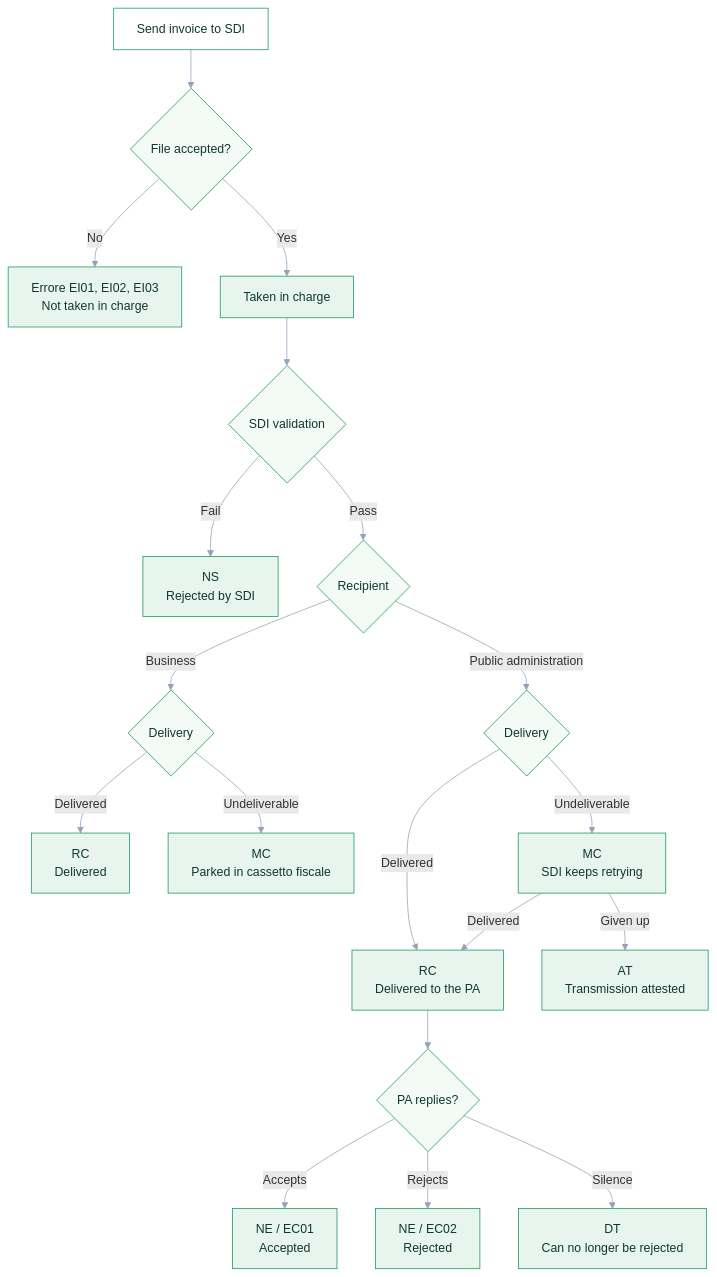
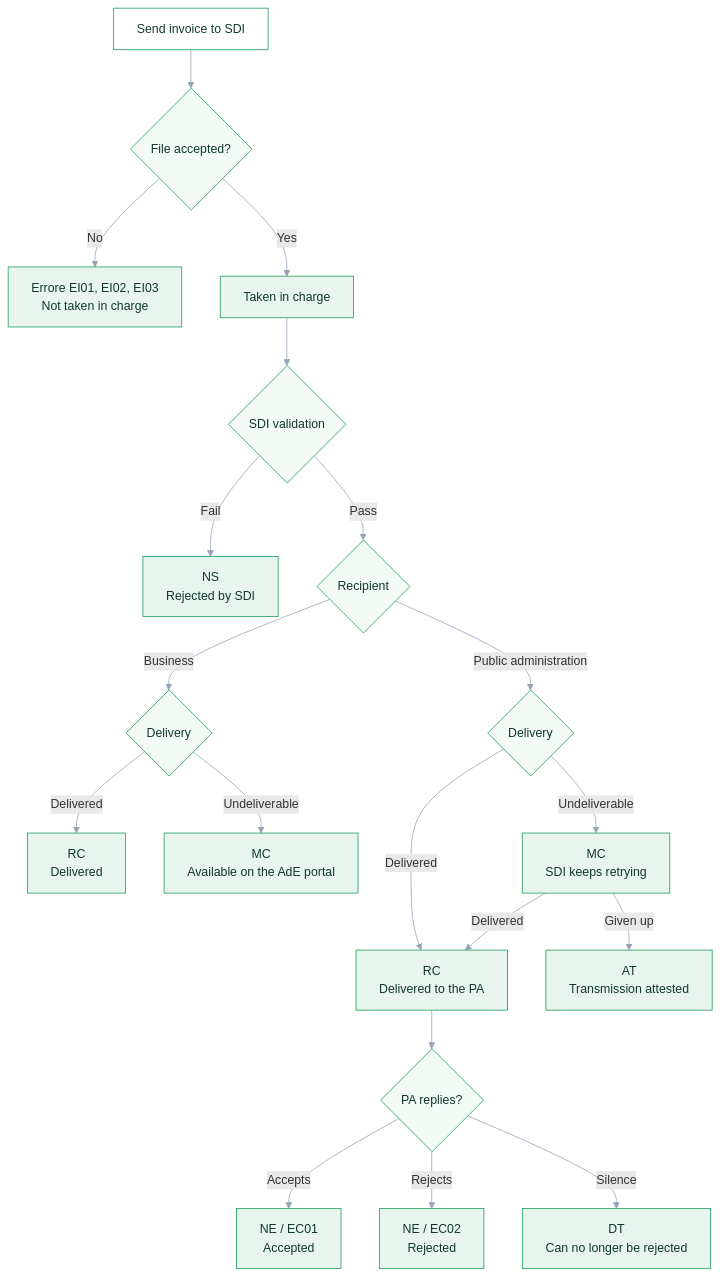
Before and after one commit to invopop/docs.invopop.com: the diagram in guides/it-sdi-status.mdx, drawn with Mermaid. The commit also changed other lines of this file and 1 other file, not shown here.

````diff
--- a/guides/it-sdi-status.mdx
+++ b/guides/it-sdi-status.mdx
@@ -18,38 +18,38 @@
 ```mermaid
 flowchart TD
     A["Send invoice to SDI"] --> B{"File accepted?"}
     B -->|"No"| BF["Errore EI01, EI02, EI03<br/>Not taken in charge"]
     B -->|"Yes"| C["Taken in charge"]
 
     C --> VAL{"SDI validation"}
     VAL -->|"Fail"| SC["NS<br/>Rejected by SDI"]
     VAL -->|"Pass"| RT{"Recipient"}
 
     RT -->|"Business"| BDEL{"Delivery"}
     BDEL -->|"Delivered"| BRC["RC<br/>Delivered"]
-    BDEL -->|"Undeliverable"| BMC["MC<br/>Parked in cassetto fiscale"]
+    BDEL -->|"Undeliverable"| BMC["MC<br/>Available on the AdE portal"]
 
     RT -->|"Public administration"| GDEL{"Delivery"}
     GDEL -->|"Delivered"| GRC["RC<br/>Delivered to the PA"]
     GDEL -->|"Undeliverable"| GMC["MC<br/>SDI keeps retrying"]
 
     GMC -->|"Delivered"| GRC
     GMC -->|"Given up"| GAT["AT<br/>Transmission attested"]
 
     GRC --> GPA{"PA replies?"}
     GPA -->|"Accepts"| GEC01["NE / EC01<br/>Accepted"]
     GPA -->|"Rejects"| GEC02["NE / EC02<br/>Rejected"]
     GPA -->|"Silence"| GDT["DT<br/>Can no longer be rejected"]
 
     %% Invopop palette - skills/mermaid-style
     classDef actor fill:#ffffff,stroke:#169958,stroke-width:1px,color:#103830
     classDef system fill:#e8f5ee,stroke:#169958,stroke-width:1px,color:#103830
     classDef authority fill:#169958,stroke:#0f7a45,stroke-width:1.5px,color:#ffffff
     classDef decision fill:#f4faf6,stroke:#169958,stroke-width:1px,color:#103830
     classDef muted fill:#f4f4f5,stroke:#9ca3af,stroke-width:1px,color:#4b5563
     linkStyle default stroke:#94a3b8
 
     class A actor
     class C,BF,SC,BRC,BMC,GRC,GMC,GAT,GEC01,GEC02,GDT system
     class B,VAL,RT,BDEL,GDEL,GPA decision
 ```
````
